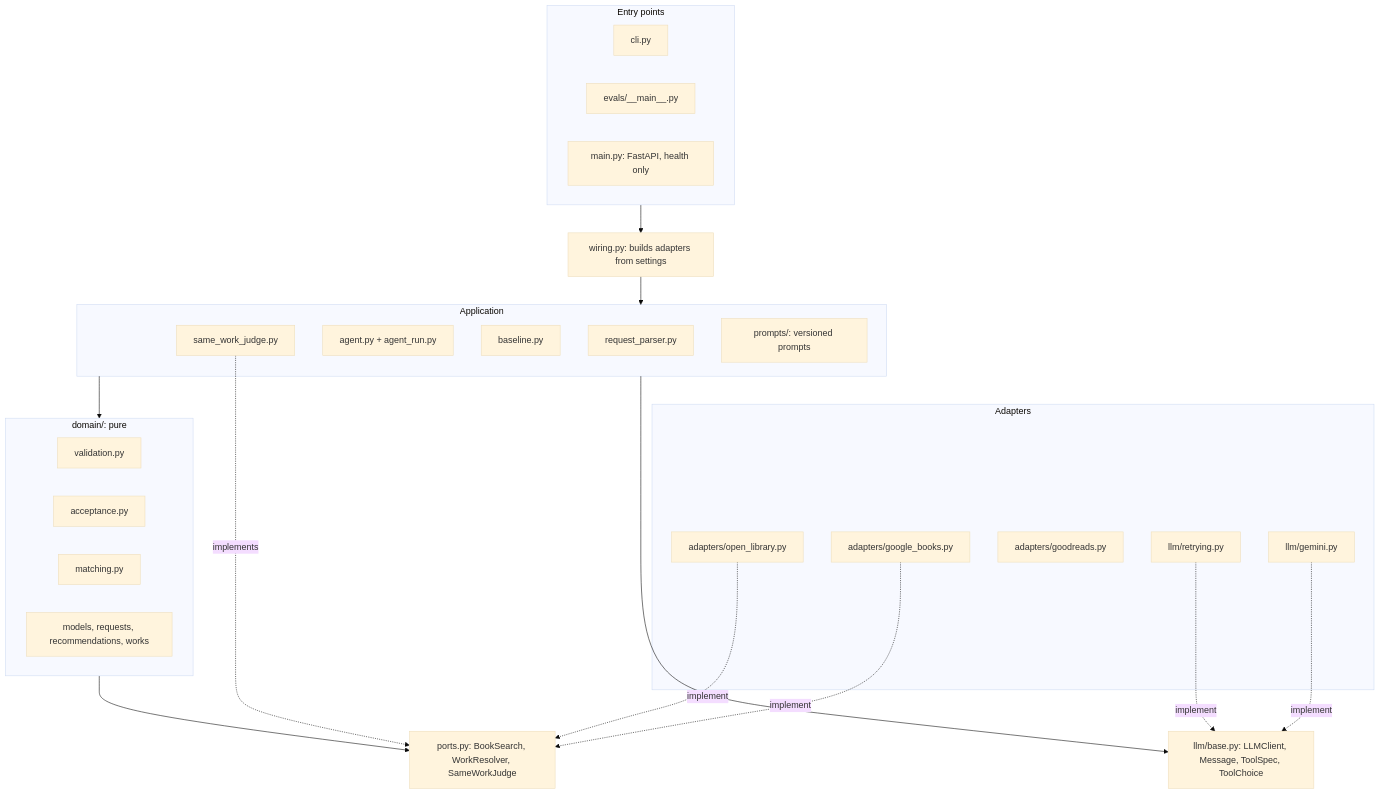
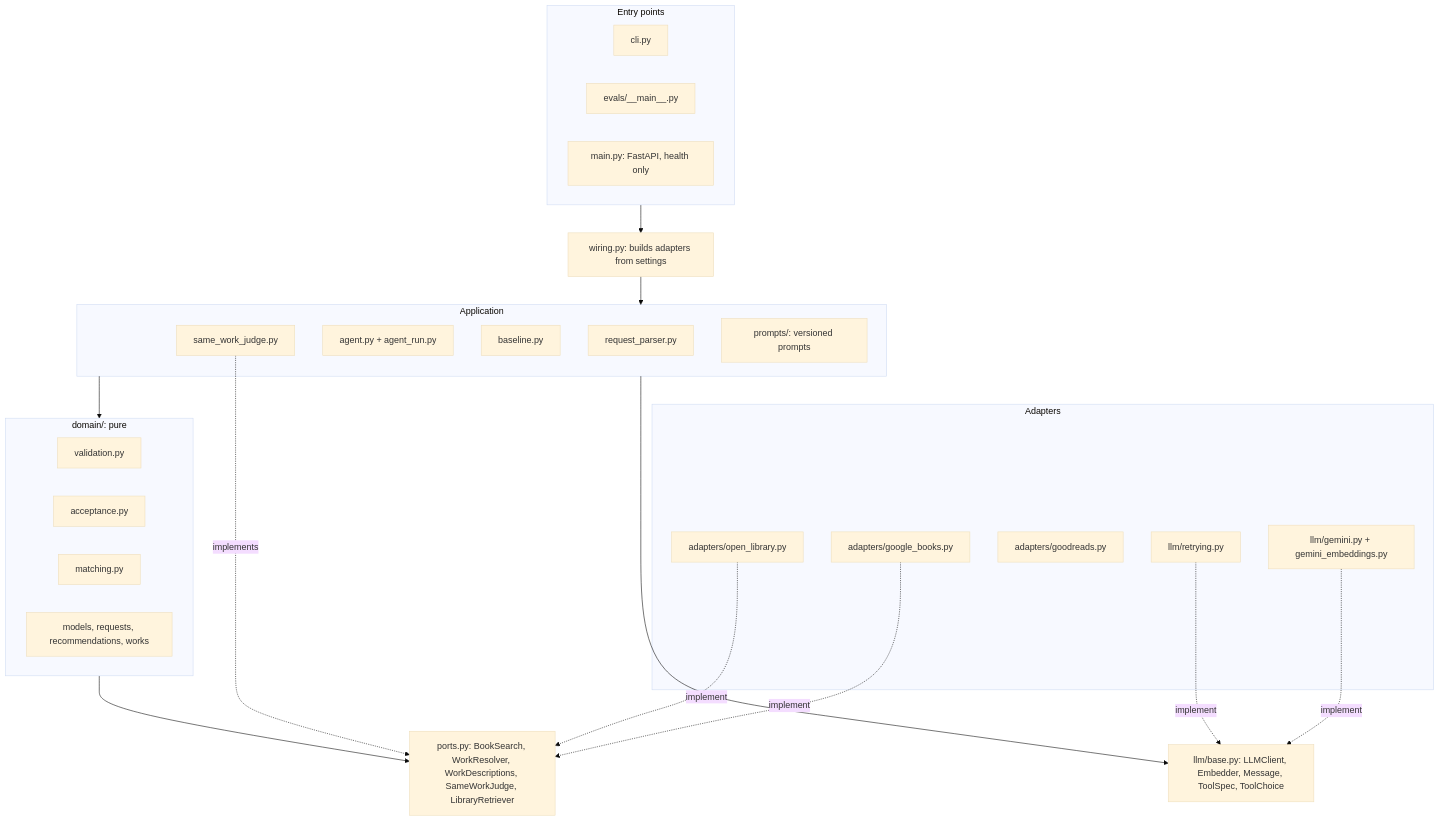
The first of 2 diagrams in docs/ARCHITECTURE.md (ezanetta/next-read-agent), drawn with Mermaid (base theme) before and after one commit. The commit also changed other lines of this file, not shown here.

Commit message:
ARCHITECTURE: library retrieval, embedder and new ports

````diff
--- a/docs/ARCHITECTURE.md
+++ b/docs/ARCHITECTURE.md
@@ -7,38 +7,38 @@
 ```mermaid
 flowchart TB
     subgraph entry[Entry points]
         CLI[cli.py]
         EV[evals/__main__.py]
         API[main.py: FastAPI, health only]
     end
     W[wiring.py: builds adapters from settings]
     subgraph app[Application]
         RP[request_parser.py]
         AG[agent.py + agent_run.py]
         BL[baseline.py]
         SW[same_work_judge.py]
         PR[prompts/: versioned prompts]
     end
     subgraph domain[domain/: pure]
         VAL[validation.py]
         ACC[acceptance.py]
         MAT[matching.py]
         MOD[models, requests, recommendations, works]
     end
-    PORTS[ports.py: BookSearch, WorkResolver, SameWorkJudge]
-    LLMB[llm/base.py: LLMClient, Message, ToolSpec, ToolChoice]
+    PORTS[ports.py: BookSearch, WorkResolver, WorkDescriptions, SameWorkJudge, LibraryRetriever]
+    LLMB[llm/base.py: LLMClient, Embedder, Message, ToolSpec, ToolChoice]
     subgraph adapters[Adapters]
         GB[adapters/google_books.py]
         OL[adapters/open_library.py]
         GR[adapters/goodreads.py]
-        GEM[llm/gemini.py]
+        GEM[llm/gemini.py + gemini_embeddings.py]
         RET[llm/retrying.py]
     end
     entry --> W --> app
     app --> domain
     app --> LLMB
     domain --> PORTS
     GB & OL -.implement.-> PORTS
     SW -.implements.-> PORTS
     GEM & RET -.implement.-> LLMB
 ```
````
